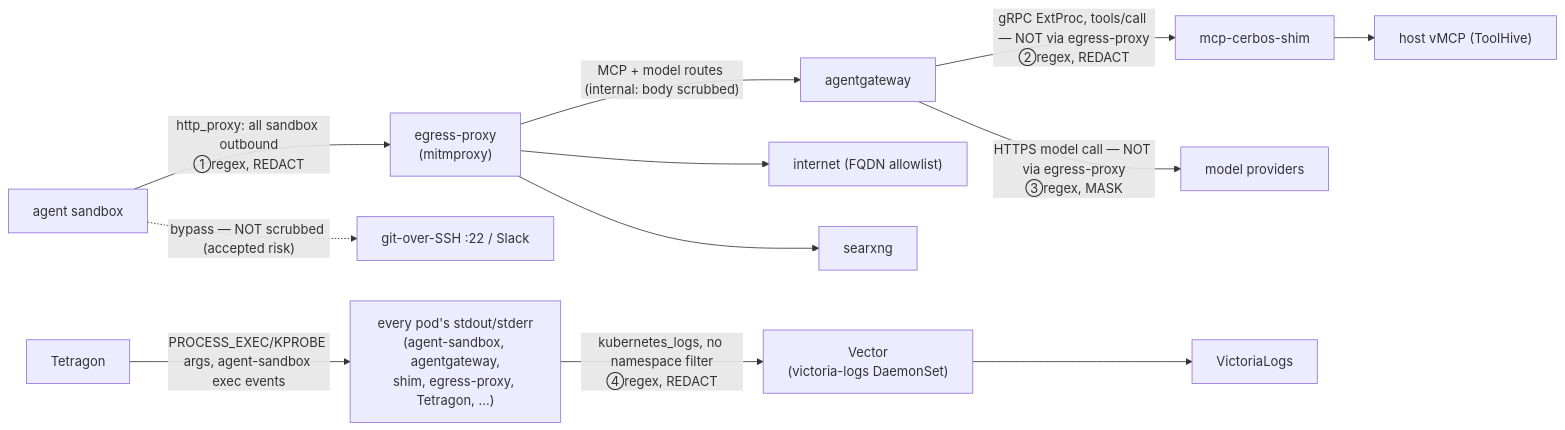
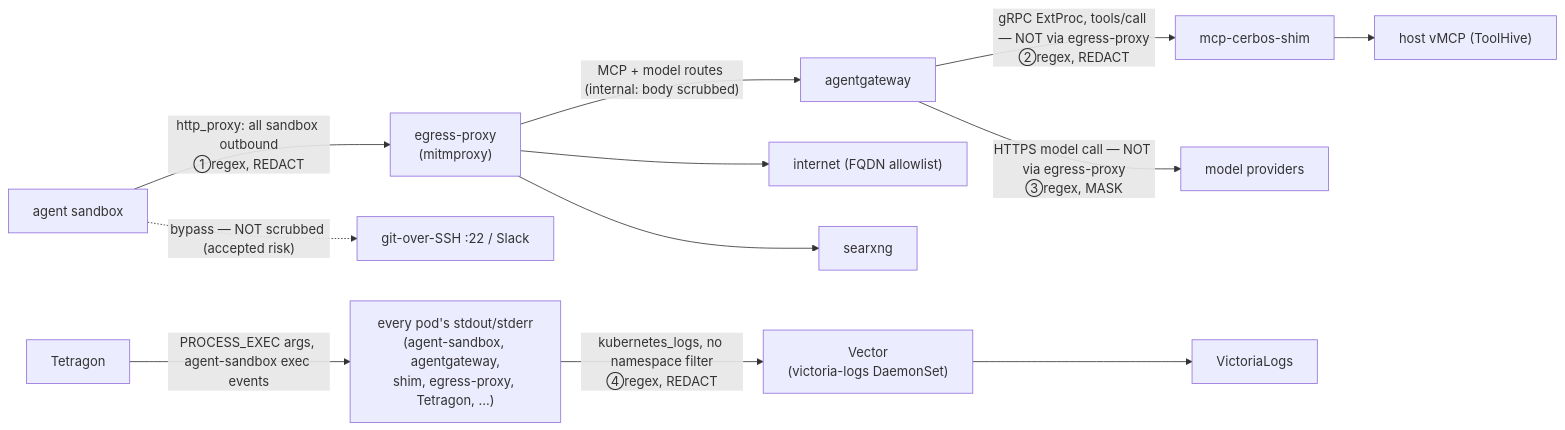
The diagram in docs/secrets-and-pii-redaction.md (christensenjairus/Vicegerent-Agents), drawn with Mermaid before and after one commit. The commit also changed other lines of this file and 100 other files, not shown here.

````diff
--- a/docs/secrets-and-pii-redaction.md
+++ b/docs/secrets-and-pii-redaction.md
@@ -54,28 +54,28 @@
 ```mermaid
 flowchart LR
     H[agent sandbox]
     EP["egress-proxy<br/>(mitmproxy)"]
     AGW[agentgateway]
     SHIM[mcp-cerbos-shim]
     VMCP["host vMCP (ToolHive)"]
     LLM["model providers"]
     NET["internet (FQDN allowlist)"]
     SX[searxng]
     DIRECT["git-over-SSH :22 / Slack"]
     TETRA[Tetragon]
     ALLPODS["every pod's stdout/stderr<br/>(agent-sandbox, agentgateway,<br/>shim, egress-proxy, Tetragon, ...)"]
     VECTOR["Vector<br/>(victoria-logs DaemonSet)"]
     VLOGS[VictoriaLogs]
 
     H -->|"http_proxy: all sandbox outbound<br/>①regex, REDACT"| EP
     EP -->|"MCP + model routes (internal: body scrubbed)"| AGW
     EP --> NET
     EP --> SX
     AGW -->|"gRPC ExtProc, tools/call — NOT via egress-proxy<br/>②regex, REDACT"| SHIM
     SHIM --> VMCP
     AGW -->|"HTTPS model call — NOT via egress-proxy<br/>③regex, MASK"| LLM
     H -.->|"bypass — NOT scrubbed (accepted risk)"| DIRECT
-    TETRA -->|"PROCESS_EXEC/KPROBE args, agent-sandbox exec events"| ALLPODS
+    TETRA -->|"PROCESS_EXEC args, agent-sandbox exec events"| ALLPODS
     ALLPODS -->|"kubernetes_logs, no namespace filter<br/>④regex, REDACT"| VECTOR
     VECTOR --> VLOGS
 ```
````
